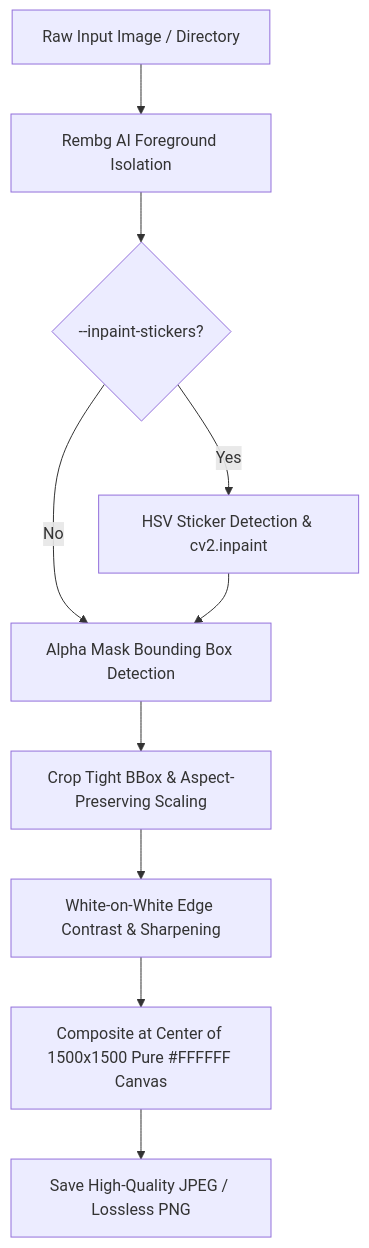
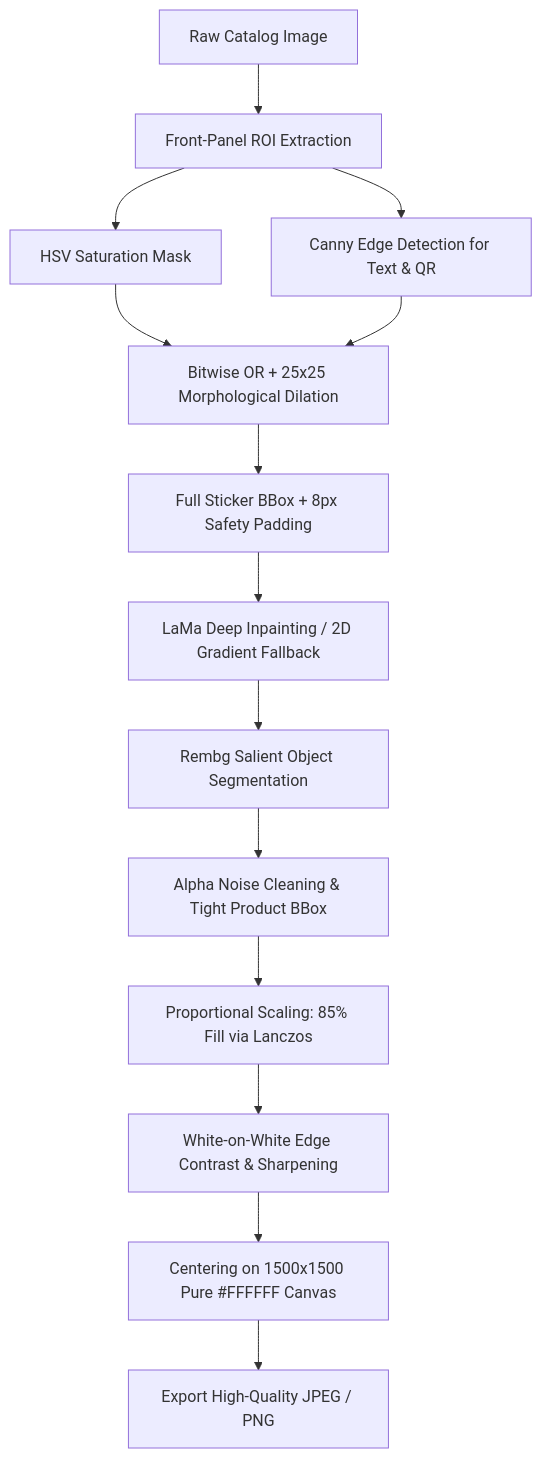
One commit to alierentugrul/product-image-standardization changed the diagram in README.md. Above: the diagram before and after it, drawn with Mermaid. The commit also changed other lines of this file and 5 other files, not shown here.

Commit message:
feat: upgrade pipeline with multi-cue sticker detection and LaMa deep inpainting (TASKTWO)

````diff
--- a/README.md
+++ b/README.md
@@ -26,12 +28,15 @@
 ```mermaid
 flowchart TD
-    A[Raw Input Image / Directory] --> B[Rembg AI Foreground Isolation]
-    B --> C{--inpaint-stickers?}
-    C -- Yes --> D[HSV Sticker Detection & cv2.inpaint]
-    C -- No --> E[Alpha Mask Bounding Box Detection]
-    D --> E
-    E --> F[Crop Tight BBox & Aspect-Preserving Scaling]
-    F --> G[White-on-White Edge Contrast & Sharpening]
-    G --> H[Composite at Center of 1500x1500 Pure #FFFFFF Canvas]
-    H --> I[Save High-Quality JPEG / Lossless PNG]
+    A[Raw Catalog Image] --> B[Front-Panel ROI Extraction]
+    B --> C1[HSV Saturation Mask]
+    B --> C2[Canny Edge Detection for Text & QR]
+    C1 & C2 --> D[Bitwise OR + 25x25 Morphological Dilation]
+    D --> E[Full Sticker BBox + 8px Safety Padding]
+    E --> F[LaMa Deep Inpainting / 2D Gradient Fallback]
+    F --> G[Rembg Salient Object Segmentation]
+    G --> H[Alpha Noise Cleaning & Tight Product BBox]
+    H --> I[Proportional Scaling: 85% Fill via Lanczos]
+    I --> J[White-on-White Edge Contrast & Sharpening]
+    J --> K[Centering on 1500x1500 Pure #FFFFFF Canvas]
+    K --> L[Export High-Quality JPEG / PNG]
 ```
````
